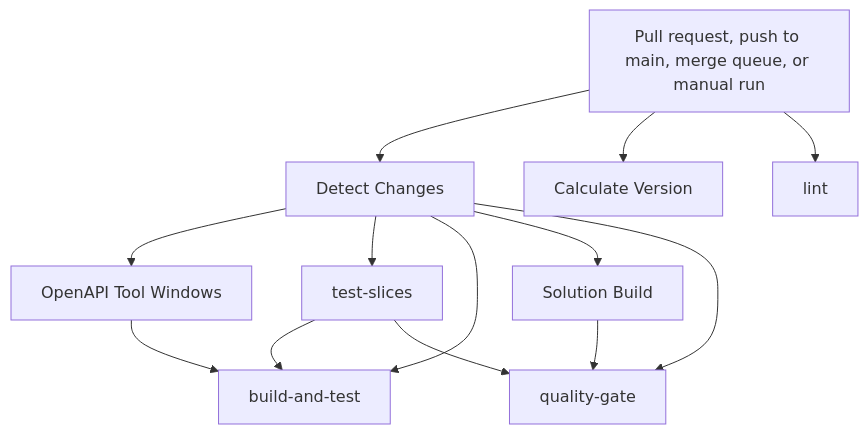
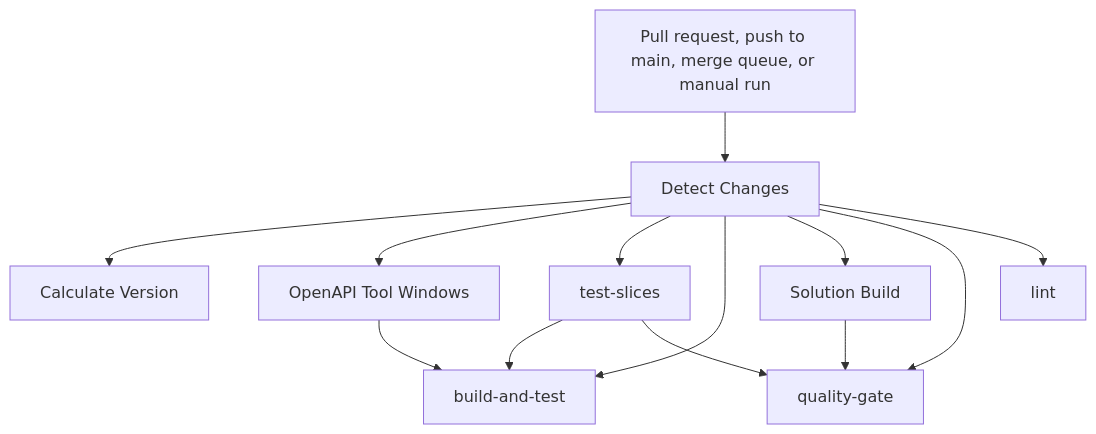
One commit to danigutsch/ViajantesTurismo changed the first of 3 diagrams in docs/architecture/ci-validation-flows.md. Above: the diagram before and after it, drawn with Mermaid. The commit also changed other lines of this file and 9 other files, not shown here.

````diff
--- a/docs/architecture/ci-validation-flows.md
+++ b/docs/architecture/ci-validation-flows.md
@@ -19,24 +19,24 @@
 ```mermaid
 flowchart TB
     trigger[Pull request, push to main, merge queue, or manual run]
     detect_changes[Detect Changes]
     calculate_version[Calculate Version]
     openapi_tool_windows[OpenAPI Tool Windows]
     test_slices[test-slices]
     build_and_test[build-and-test]
     solution_build[Solution Build]
     quality_gate[quality-gate]
     lint[lint]
     trigger --> detect_changes
-    trigger --> calculate_version
+    detect_changes --> calculate_version
     detect_changes --> openapi_tool_windows
     detect_changes --> test_slices
     detect_changes --> build_and_test
     test_slices --> build_and_test
     openapi_tool_windows --> build_and_test
     detect_changes --> solution_build
     detect_changes --> quality_gate
     test_slices --> quality_gate
     solution_build --> quality_gate
-    trigger --> lint
+    detect_changes --> lint
 ```
````
